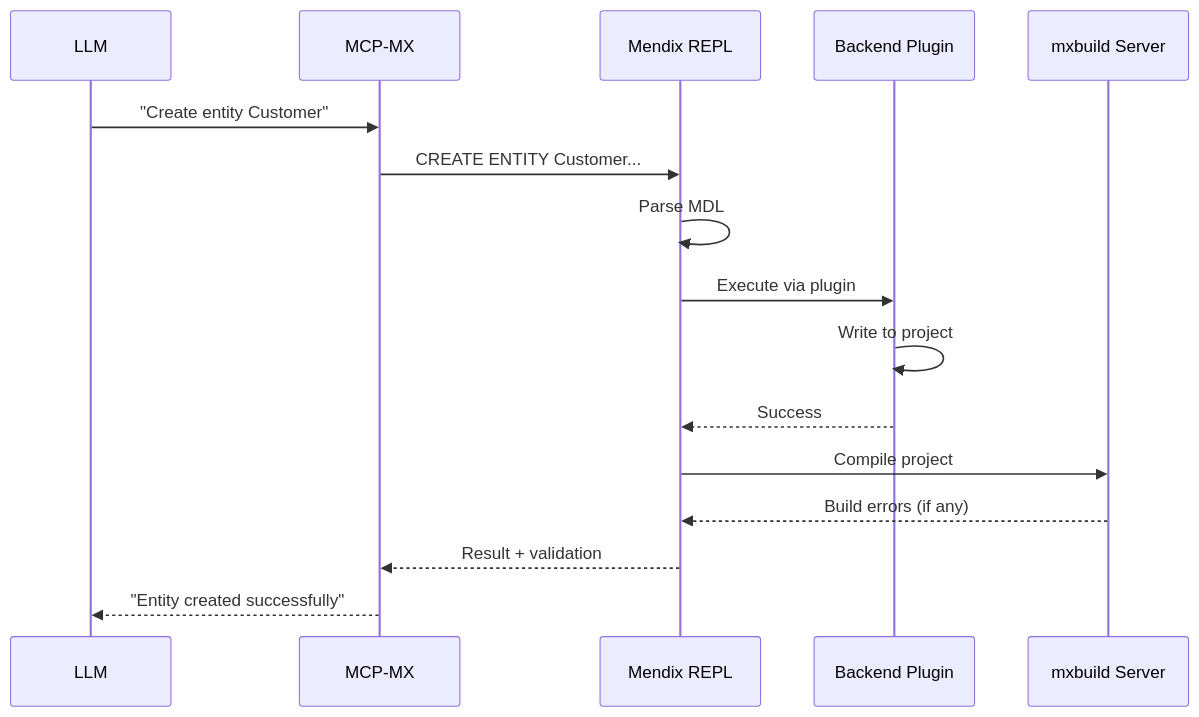
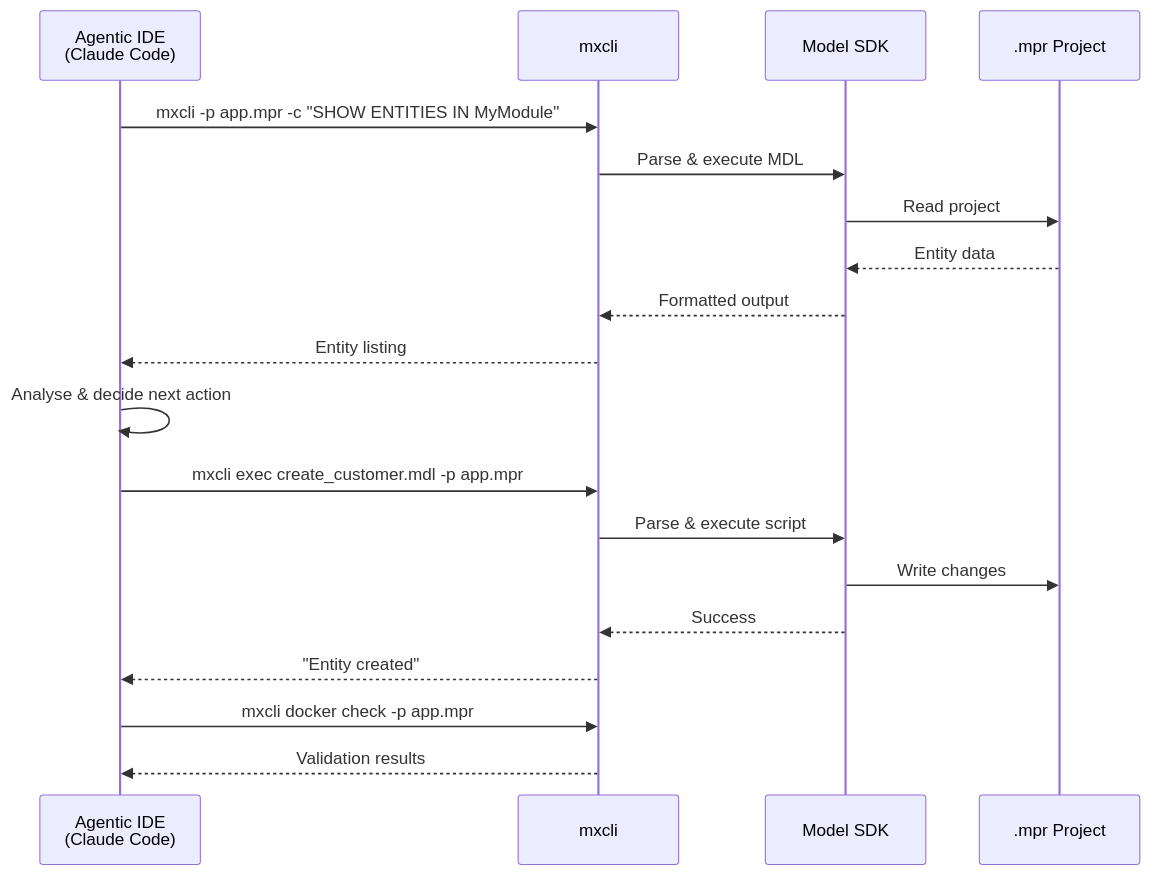
The second of 6 diagrams in docs/13-vision/vision.md (bdreesen/mxcli), drawn with Mermaid before and after one commit. The commit also changed other lines of this file, not shown here.

First line of the commit message:
Update vision document to reflect actual architecture and current state

````diff
--- a/docs/13-vision/vision.md
+++ b/docs/13-vision/vision.md
@@ -236,19 +153,25 @@
 ```mermaid
 sequenceDiagram
-    participant LLM
-    participant MCP as MCP-MX
-    participant REPL as Mendix REPL
-    participant Backend as Backend Plugin
-    participant Val as mxbuild Server
-    
-    LLM->>MCP: "Create entity Customer"
-    MCP->>REPL: CREATE ENTITY Customer...
-    REPL->>REPL: Parse MDL
-    REPL->>Backend: Execute via plugin
-    Backend->>Backend: Write to project
-    Backend-->>REPL: Success
-    REPL->>Val: Compile project
-    Val-->>REPL: Build errors (if any)
-    REPL-->>MCP: Result + validation
-    MCP-->>LLM: "Entity created successfully"
+    participant IDE as Agentic IDE<br/>(Claude Code)
+    participant CLI as mxcli
+    participant SDK as Model SDK
+    participant MPR as .mpr Project
+
+    IDE->>CLI: mxcli -p app.mpr -c "SHOW ENTITIES IN MyModule"
+    CLI->>SDK: Parse & execute MDL
+    SDK->>MPR: Read project
+    MPR-->>SDK: Entity data
+    SDK-->>CLI: Formatted output
+    CLI-->>IDE: Entity listing
+
+    IDE->>IDE: Analyse & decide next action
+
+    IDE->>CLI: mxcli exec create_customer.mdl -p app.mpr
+    CLI->>SDK: Parse & execute script
+    SDK->>MPR: Write changes
+    SDK-->>CLI: Success
+    CLI-->>IDE: "Entity created"
+
+    IDE->>CLI: mxcli docker check -p app.mpr
+    CLI-->>IDE: Validation results
 ```
````
